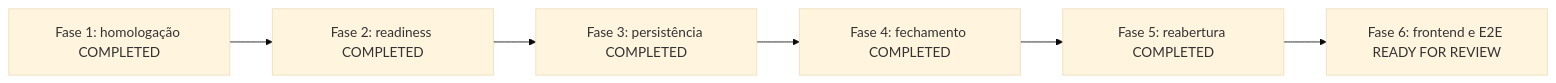
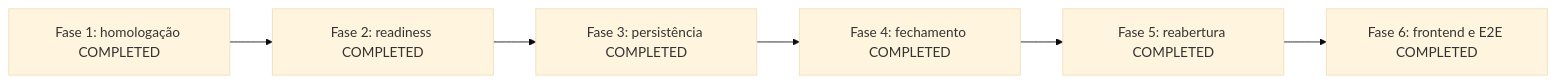
One commit to GuilhermeEstrelaDEV/dp-system changed the diagram in docs/project-management/ETP-014_IMPLEMENTATION_PLAN.md. Above: the diagram before and after it, drawn with Mermaid (base theme). The commit also changed other lines of this file and 6 other files, not shown here.

````diff
--- a/docs/project-management/ETP-014_IMPLEMENTATION_PLAN.md
+++ b/docs/project-management/ETP-014_IMPLEMENTATION_PLAN.md
@@ -319,8 +319,8 @@
 ```mermaid
 flowchart LR
     F1[Fase 1: homologação COMPLETED] --> F2[Fase 2: readiness COMPLETED]
     F2 --> F3[Fase 3: persistência COMPLETED]
     F3 --> F4[Fase 4: fechamento COMPLETED]
     F4 --> F5[Fase 5: reabertura COMPLETED]
-    F5 --> F6[Fase 6: frontend e E2E READY FOR REVIEW]
+    F5 --> F6[Fase 6: frontend e E2E COMPLETED]
 ```
````
